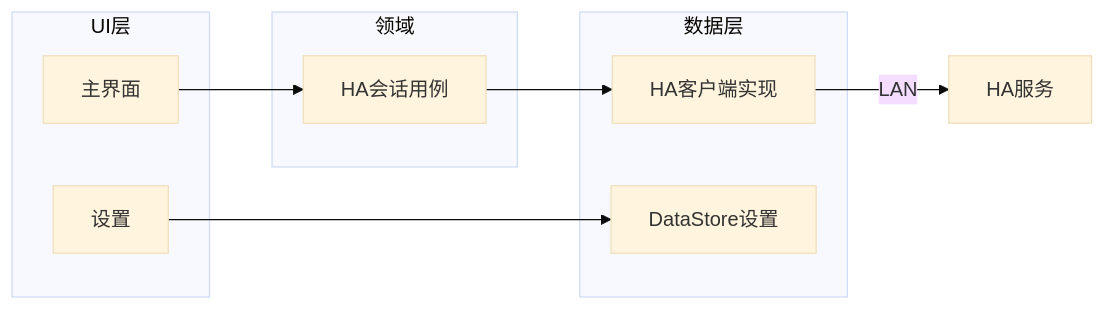
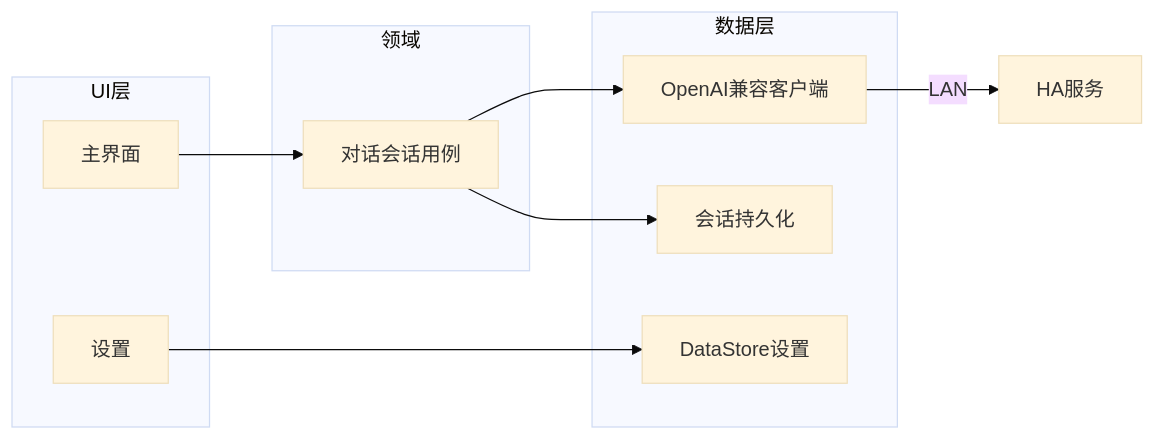
One commit to vincent7f/Chat2Hermes changed the diagram in docs/ARCHITECTURE.md. Above: the diagram before and after it, drawn with Mermaid (base theme). The commit also changed other lines of this file and 9 other files, not shown here.

````diff
--- a/docs/ARCHITECTURE.md
+++ b/docs/ARCHITECTURE.md
@@ -61,18 +63,20 @@
 ```mermaid
 flowchart LR
   subgraph ui [UI层]
     MainScreen[主界面]
     SettingsScreen[设置]
   end
   subgraph domain [领域]
-    HaSession[HA会话用例]
+    ChatSession[对话会话用例]
   end
   subgraph data [数据层]
-    HaClient[HA客户端实现]
+    OpenAiChatClient[OpenAI兼容客户端]
+    ChatStore[会话持久化]
     Prefs[DataStore设置]
   end
-  MainScreen --> HaSession
+  MainScreen --> ChatSession
   SettingsScreen --> Prefs
-  HaSession --> HaClient
-  HaClient -->|"LAN"| HaServer[HA服务]
+  ChatSession --> OpenAiChatClient
+  ChatSession --> ChatStore
+  OpenAiChatClient -->|"LAN"| HaServer[HA服务]
 ```
````
